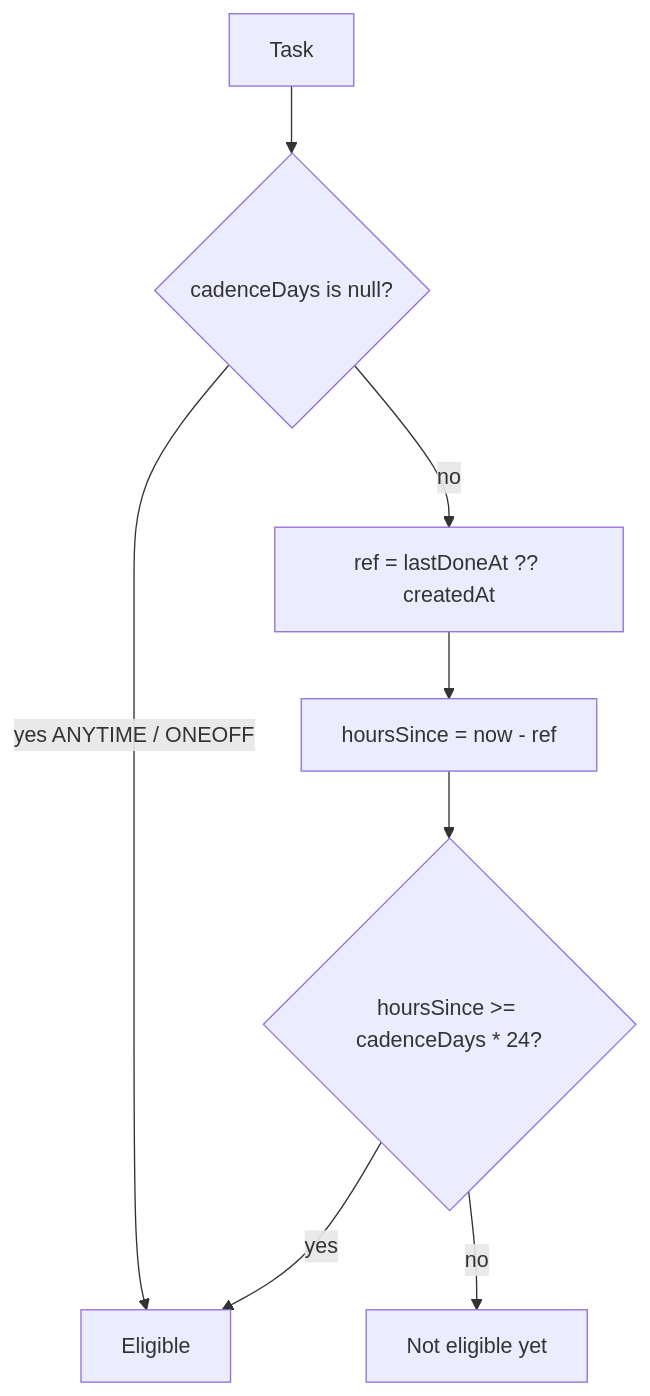
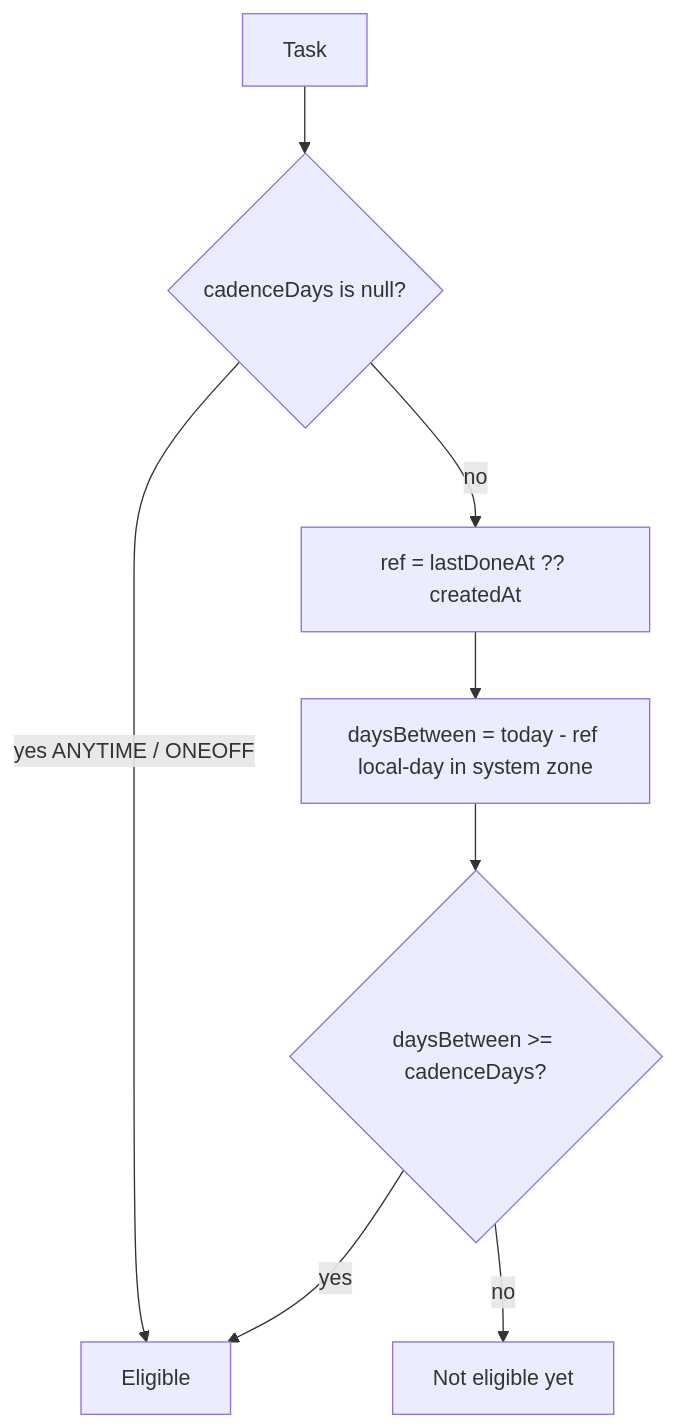
The second of 11 diagrams in docs/how-it-decides.md (CPotzy/The-Decider), drawn with Mermaid before and after one commit. The commit also changed other lines of this file and 1 other file, not shown here.

First line of the commit message:
fix(cadence): eligibility by calendar day, not 24h sliding window

````diff
--- a/docs/how-it-decides.md
+++ b/docs/how-it-decides.md
@@ -49,10 +49,10 @@
 ```mermaid
 flowchart TD
     A[Task] --> B{cadenceDays is null?}
     B -->|yes ANYTIME / ONEOFF| C[Eligible]
     B -->|no| D[ref = lastDoneAt ?? createdAt]
-    D --> E[hoursSince = now - ref]
-    E --> F{hoursSince >= cadenceDays * 24?}
+    D --> E[daysBetween = today - ref local-day in system zone]
+    E --> F{daysBetween >= cadenceDays?}
     F -->|yes| C
     F -->|no| G[Not eligible yet]
 ```
````
